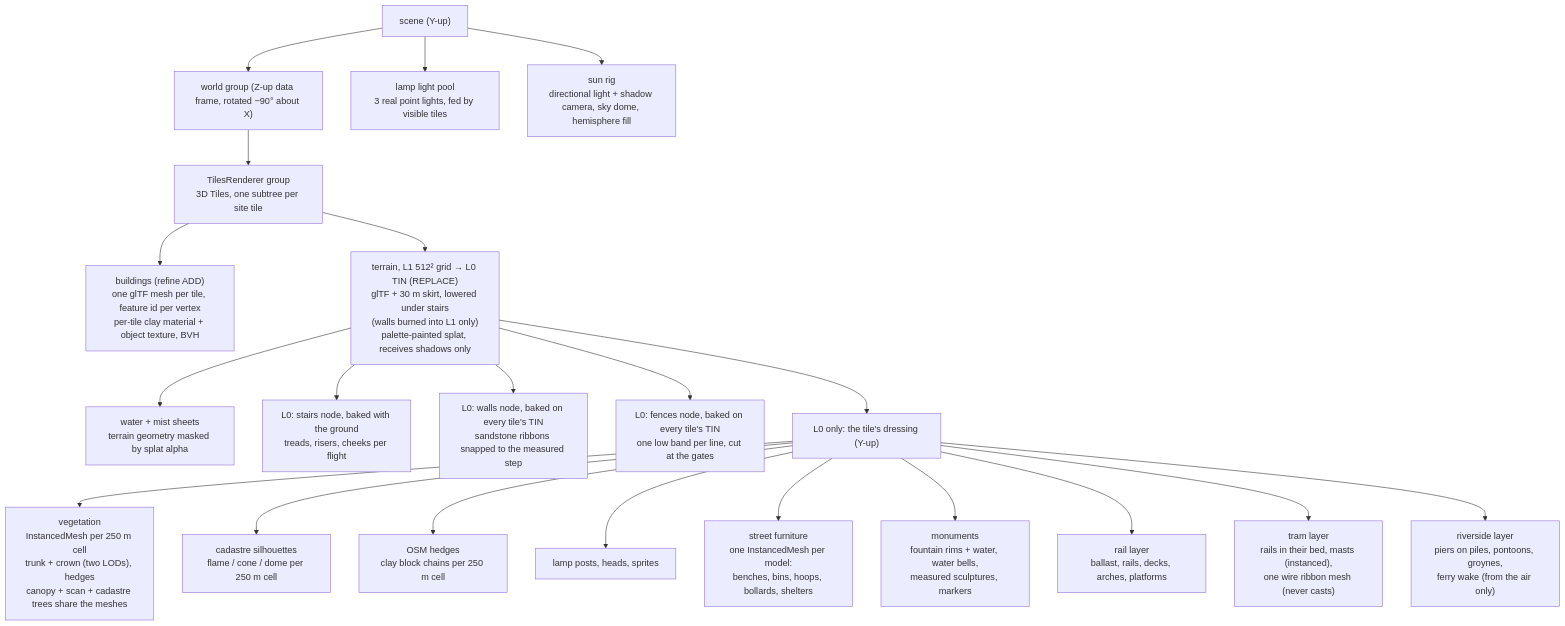
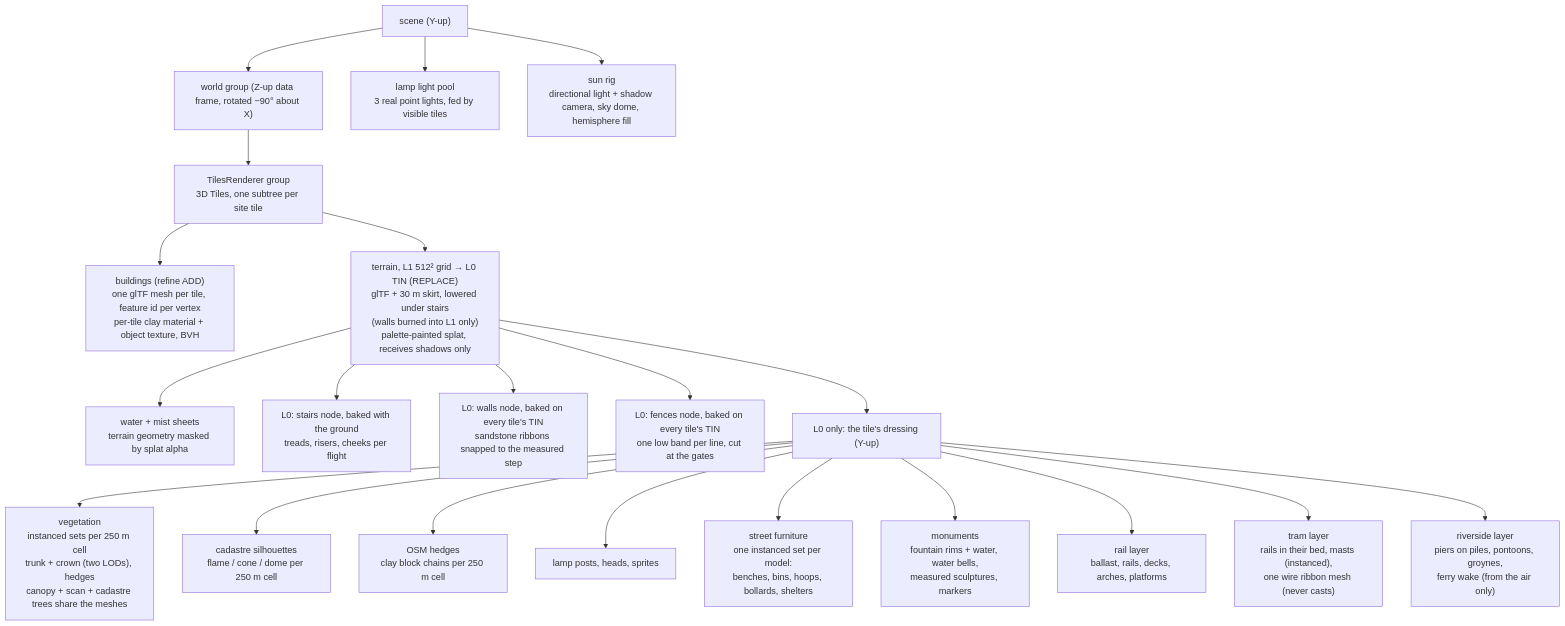
The first of 2 diagrams in docs/rendering.md (mdugue/bridge), drawn with Mermaid before and after one commit. The commit also changed other lines of this file and 30 other files, not shown here.

````diff
--- a/docs/rendering.md
+++ b/docs/rendering.md
@@ -25,26 +25,26 @@
 ```mermaid
 flowchart TB
   SCENE["scene (Y-up)"]
   WORLD["world group (Z-up data frame, rotated −90° about X)"]
   TILES["TilesRenderer group<br/>3D Tiles, one subtree per site tile"]
   SCENE --> WORLD
   WORLD --> TILES
   TILES --> CITY["buildings (refine ADD)<br/>one glTF mesh per tile, feature id per vertex<br/>per-tile clay material + object texture, BVH"]
   TILES --> TER["terrain, L1 512² grid → L0 TIN (REPLACE)<br/>glTF + 30 m skirt, lowered under stairs<br/>(walls burned into L1 only)<br/>palette-painted splat, receives shadows only"]
   TER --> WAT["water + mist sheets<br/>terrain geometry masked by splat alpha"]
   TER --> STAIR["L0: stairs node, baked with the ground<br/>treads, risers, cheeks per flight"]
   TER --> WALL["L0: walls node, baked on every tile's TIN<br/>sandstone ribbons snapped to the measured step"]
   TER --> FENCE["L0: fences node, baked on every tile's TIN<br/>one low band per line, cut at the gates"]
   TER --> DRESS["L0 only: the tile's dressing (Y-up)"]
-  DRESS --> VEG["vegetation<br/>InstancedMesh per 250 m cell<br/>trunk + crown (two LODs), hedges<br/>canopy + scan + cadastre trees share the meshes"]
+  DRESS --> VEG["vegetation<br/>instanced sets per 250 m cell<br/>trunk + crown (two LODs), hedges<br/>canopy + scan + cadastre trees share the meshes"]
   DRESS --> INV["cadastre silhouettes<br/>flame / cone / dome per 250 m cell"]
   DRESS --> LOW["OSM hedges<br/>clay block chains per 250 m cell"]
   DRESS --> LAMP["lamp posts, heads, sprites"]
-  DRESS --> FURN["street furniture<br/>one InstancedMesh per model:<br/>benches, bins, hoops, bollards, shelters"]
+  DRESS --> FURN["street furniture<br/>one instanced set per model:<br/>benches, bins, hoops, bollards, shelters"]
   DRESS --> MON["monuments<br/>fountain rims + water, water bells,<br/>measured sculptures, markers"]
   DRESS --> RAIL["rail layer<br/>ballast, rails, decks, arches, platforms"]
   DRESS --> TRAM["tram layer<br/>rails in their bed, masts (instanced),<br/>one wire ribbon mesh (never casts)"]
   DRESS --> RIV["riverside layer<br/>piers on piles, pontoons, groynes,<br/>ferry wake (from the air only)"]
   SCENE --> LIGHTS["lamp light pool<br/>3 real point lights, fed by visible tiles"]
   SCENE --> SUN["sun rig<br/>directional light + shadow camera, sky dome, hemisphere fill"]
 ```
````
